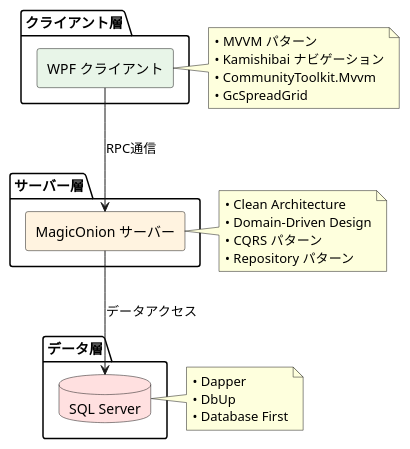
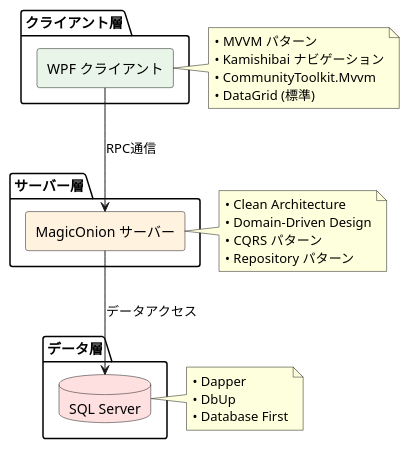
Before and after one commit to k2works/WpfArchitecture2022: the first of 3 diagrams in docs/design/tech_stack.md, drawn with PlantUML. The commit also changed other lines of this file and 8 other files, not shown here.

````diff
--- a/docs/design/tech_stack.md
+++ b/docs/design/tech_stack.md
@@ -9,38 +9,38 @@
 ```plantuml
 @startuml
 package "クライアント層" {
   rectangle "WPF クライアント" as WPF_Client #E8F5E8
 }
 
 package "サーバー層" {
   rectangle "MagicOnion サーバー" as MagicOnion_Server #FFF3E0
 }
 
 package "データ層" {
   database "SQL Server" as SQL_Server #FFE0E0
 }
 
 WPF_Client --> MagicOnion_Server : RPC通信
 MagicOnion_Server --> SQL_Server : データアクセス
 
 note right of WPF_Client
   • MVVM パターン
   • Kamishibai ナビゲーション
   • CommunityToolkit.Mvvm
-  • GcSpreadGrid
+  • DataGrid (標準)
 end note
 
 note right of MagicOnion_Server
   • Clean Architecture
   • Domain-Driven Design
   • CQRS パターン
   • Repository パターン
 end note
 
 note right of SQL_Server
   • Dapper
   • DbUp
   • Database First
 end note
 @enduml
 ```
````
